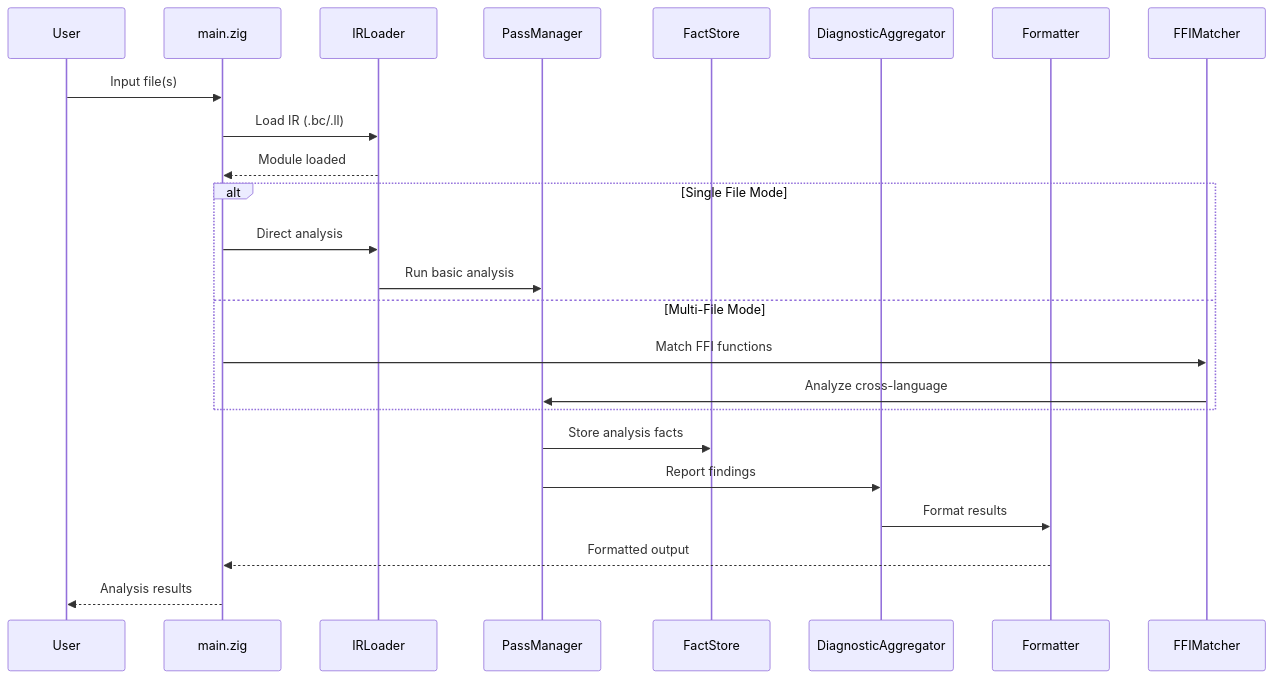
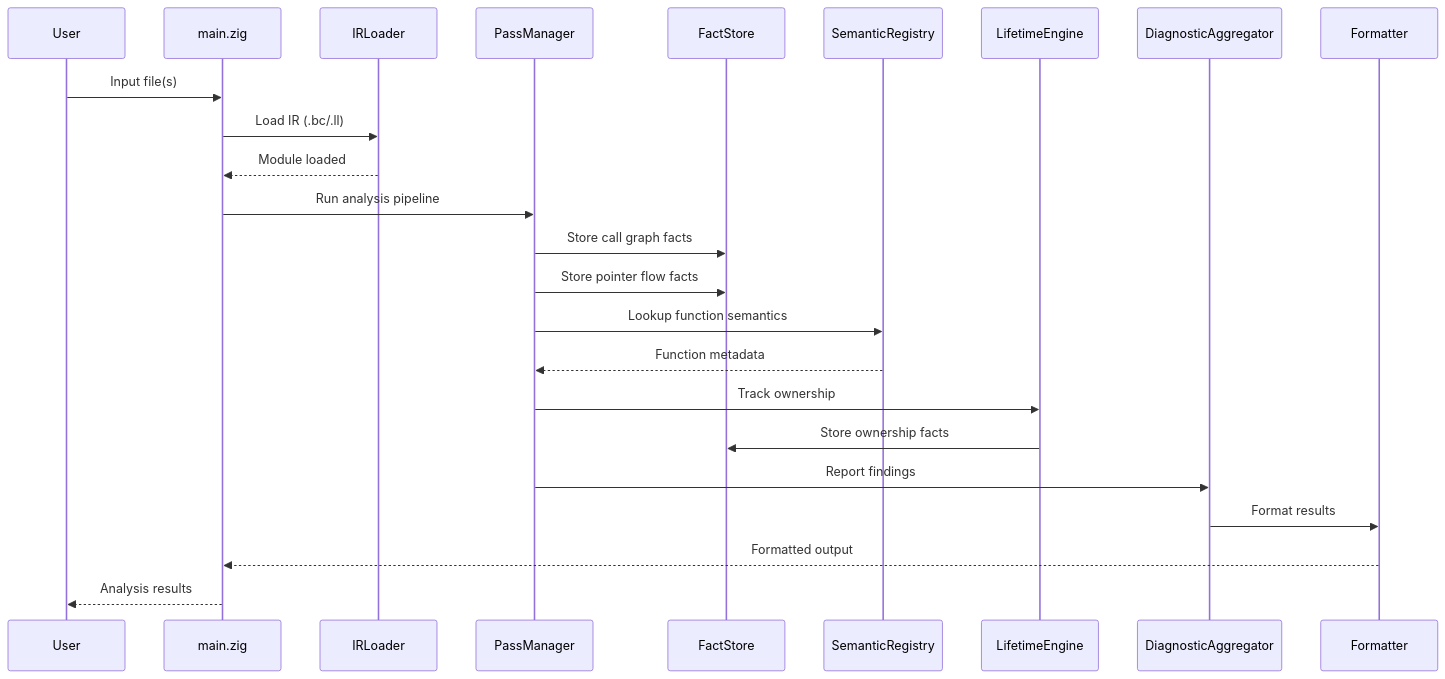
Before and after one commit to Timwood0x10/OmniScope: the third of 3 diagrams in docs/architecture.md, drawn with Mermaid. The commit also changed other lines of this file and 12 other files, not shown here.

Commit message:
add stress tests and improve analysis pipeline

````diff
--- a/docs/architecture.md
+++ b/docs/architecture.md
@@ -136,29 +128,31 @@
 ```mermaid
 sequenceDiagram
     participant User
     participant CLI as main.zig
     participant Loader as IRLoader
     participant Pass as PassManager
     participant Fact as FactStore
+    participant Registry as SemanticRegistry
+    participant Lifetime as LifetimeEngine
     participant Diag as DiagnosticAggregator
     participant Output as Formatter
     
     User->>CLI: Input file(s)
     CLI->>Loader: Load IR (.bc/.ll)
     Loader-->>CLI: Module loaded
     
-    alt Single File Mode
-        CLI->>Loader: Direct analysis
-        Loader->>Pass: Run basic analysis
-    else Multi-File Mode
-        CLI->>FFIMatcher: Match FFI functions
-        FFIMatcher->>Pass: Analyze cross-language
-    end
+    CLI->>Pass: Run analysis pipeline
     
-    Pass->>Fact: Store analysis facts
+    Pass->>Fact: Store call graph facts
+    Pass->>Fact: Store pointer flow facts
+    Pass->>Registry: Lookup function semantics
+    Registry-->>Pass: Function metadata
+    
+    Pass->>Lifetime: Track ownership
+    Lifetime->>Fact: Store ownership facts
+    
     Pass->>Diag: Report findings
-    
     Diag->>Output: Format results
     Output-->>CLI: Formatted output
     CLI-->>User: Analysis results
 ```
````
